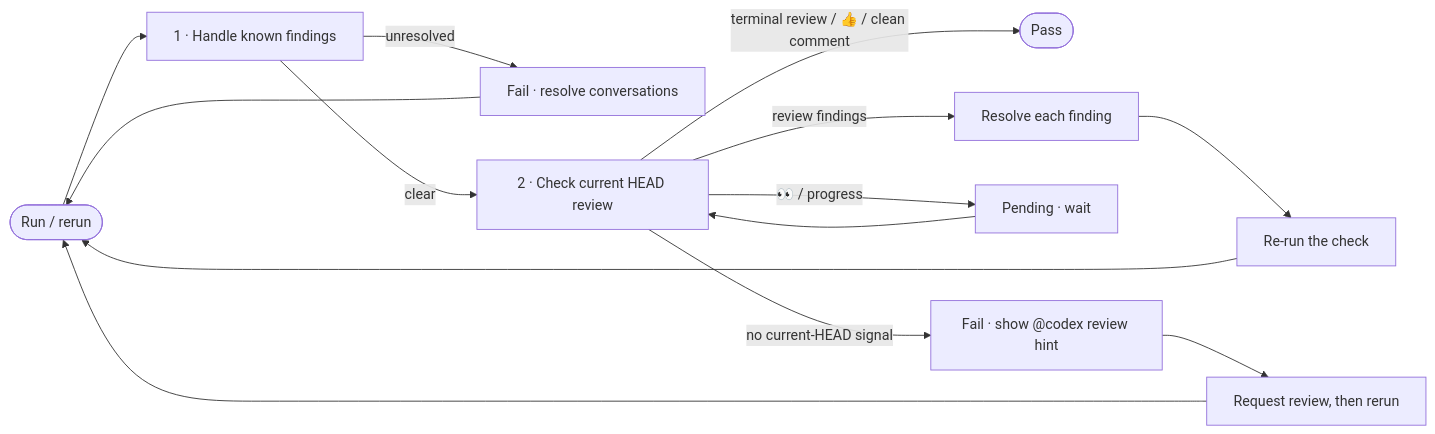
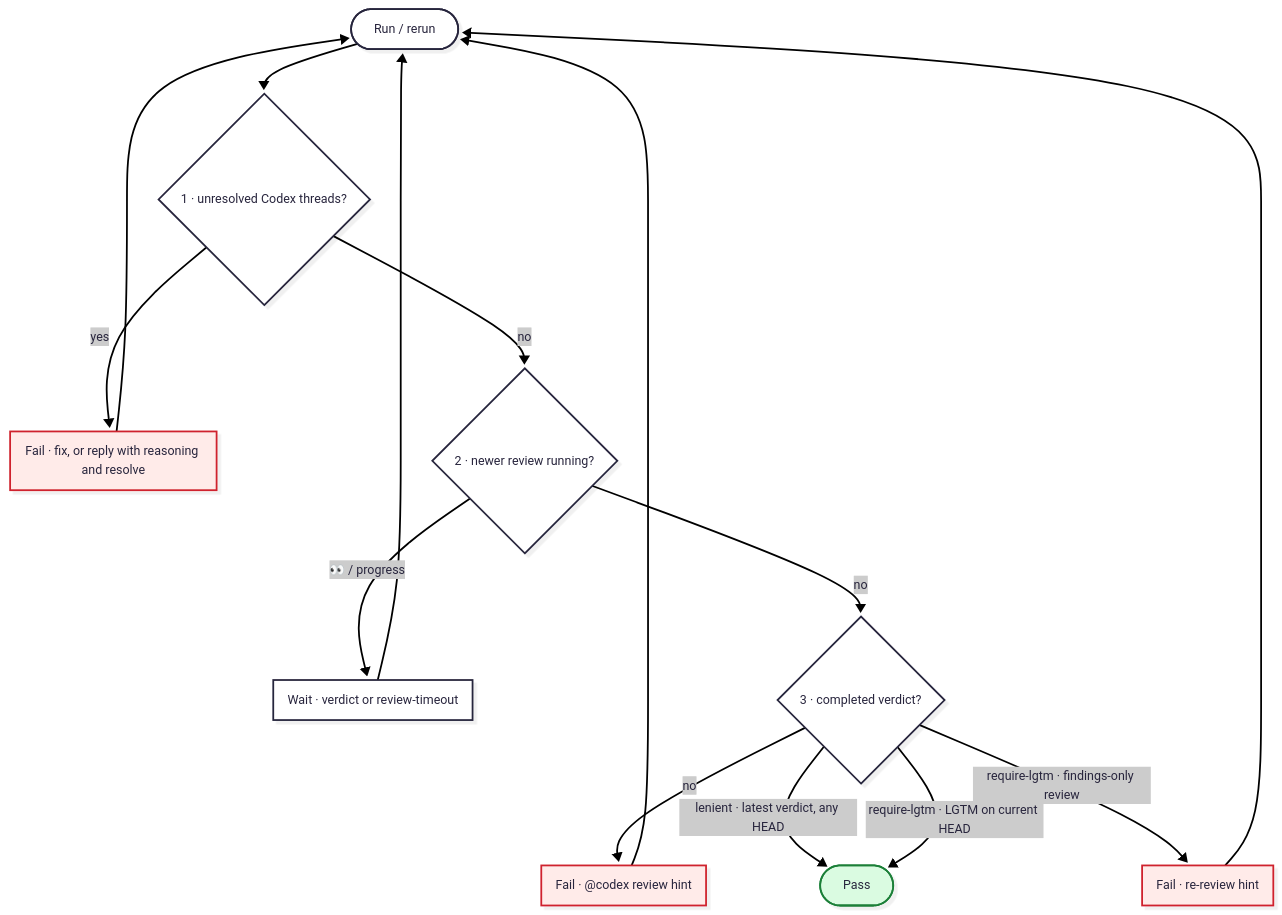
One commit to kkkiio/codex-review-check changed the diagram in README.md. Above: the diagram before and after it, drawn with Mermaid. The commit also changed other lines of this file and 1 other file, not shown here.

Commit message:
Rewrite the README state model as a themed diagram plus an ordered decision chain
The LR flowchart flattened the priority semantics: equal-weight exits,
dominant loop-back edges, and a duplicated resolve path. The state model
is now a top-down diagram whose center spine is the happy path, with
neo/redux theming and pass/fail color classes, followed by the ordered
decision chain that states the evaluation priority precisely.

Installation keeps the three setup steps; the review-request and mode
sentences move to Usage where they belong. AGENTS.md records that the
diagram and chain describe the same evaluation and must change together.

````diff
--- a/README.md
+++ b/README.md
@@ -37,21 +37,25 @@
 ```mermaid
-flowchart LR
-    A([Run / rerun]) --> B[1 · Handle known findings]
-
-    B -- unresolved --> C[Fail · resolve conversations]
+---
+config:
+  look: neo
+  theme: redux
+---
+flowchart TB
+    A([Run / rerun]) --> B{1 · unresolved Codex threads?}
+    B -- yes --> C[Fail · fix, or reply with reasoning and resolve]
     C --> A
-
-    B -- clear --> D[2 · Check current HEAD review]
-
-    D -- "terminal review / 👍 / clean comment" --> E([Pass])
-    D -- "review findings" --> I[Resolve each finding]
-    I --> J[Re-run the check]
-    J --> A
-
-    D -- "👀 / progress" --> F[Pending · wait]
-    F --> D
-
-    D -- "no current-HEAD signal" --> G[Fail · show @codex review hint]
-    G --> H[Request review, then rerun]
-    H --> A
+    B -- no --> D{2 · newer review running?}
+    D -- "👀 / progress" --> E[Wait · verdict or review-timeout]
+    E --> A
+    D -- no --> F{3 · completed verdict?}
+    F -- no --> G[Fail · @codex review hint]
+    G --> A
+    F -- "lenient · latest verdict, any HEAD" --> H([Pass])
+    F -- "require-lgtm · LGTM on current HEAD" --> H
+    F -- "require-lgtm · findings-only review" --> I[Fail · re-review hint]
+    I --> A
+    classDef pass fill:#dafbe1,stroke:#1a7f37
+    classDef fail fill:#ffebe9,stroke:#cf222e
+    class H pass
+    class C,G,I fail
 ```
````
